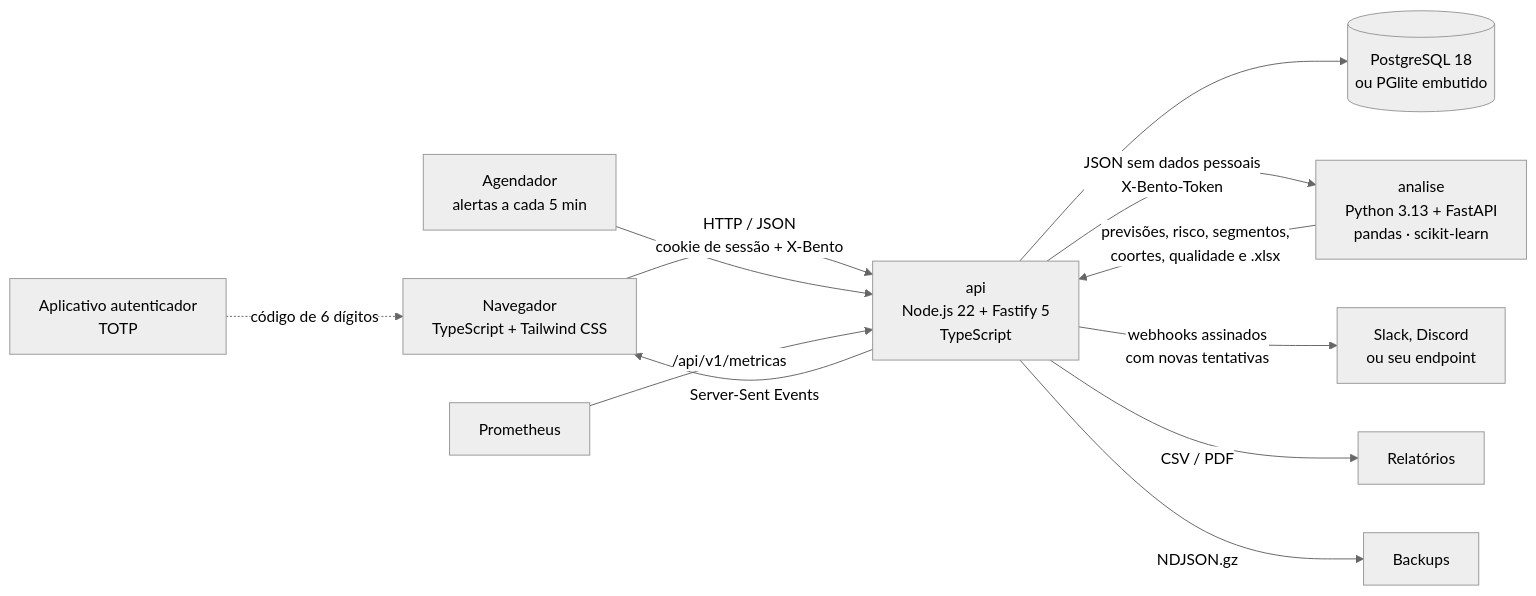
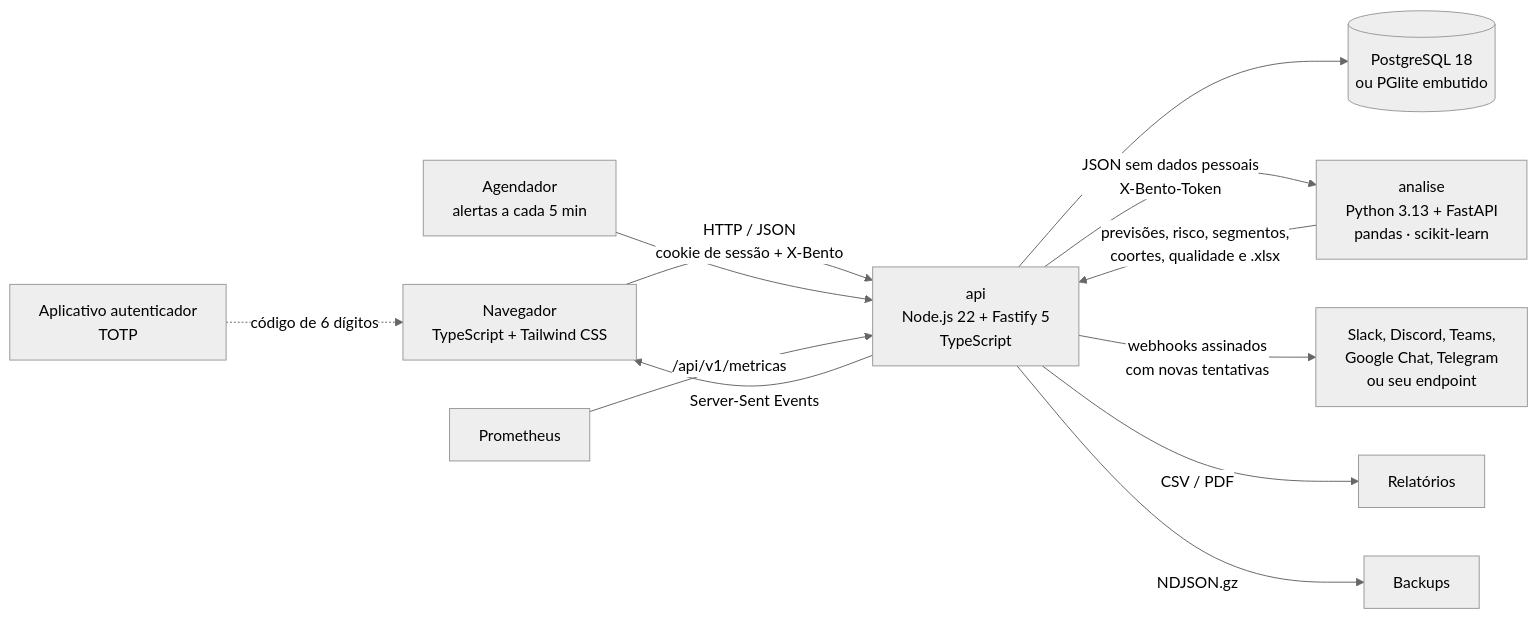
Before and after one commit to ravelroot/Data-Driven-Admin-Panel: the diagram in README.md, drawn with Mermaid (neutral theme). The commit also changed other lines of this file and 53 other files, not shown here.

````diff
--- a/README.md
+++ b/README.md
@@ -90,14 +118,14 @@
 ```mermaid
 flowchart LR
     UI["Navegador<br/>TypeScript + Tailwind CSS"] -- "HTTP / JSON<br/>cookie de sessão + X-Bento" --> API["api<br/>Node.js 22 + Fastify 5<br/>TypeScript"]
     API -- "Server-Sent Events" --> UI
     API --> BD[("PostgreSQL 18<br/>ou PGlite embutido")]
     API -- "JSON sem dados pessoais<br/>X-Bento-Token" --> PY["analise<br/>Python 3.13 + FastAPI<br/>pandas · scikit-learn"]
     PY -- "previsões, risco, segmentos,<br/>coortes, qualidade e .xlsx" --> API
-    API -- "webhooks assinados<br/>com novas tentativas" --> EXT["Slack, Discord<br/>ou seu endpoint"]
+    API -- "webhooks assinados<br/>com novas tentativas" --> EXT["Slack, Discord, Teams,<br/>Google Chat, Telegram<br/>ou seu endpoint"]
     API -- "CSV / PDF" --> REL["Relatórios"]
     API -- "NDJSON.gz" --> BKP["Backups"]
     AG["Agendador<br/>alertas a cada 5 min"] --> API
     APP["Aplicativo autenticador<br/>TOTP"] -. "código de 6 dígitos" .-> UI
     PROM["Prometheus"] -- "/api/v1/metricas" --> API
 ```
````
